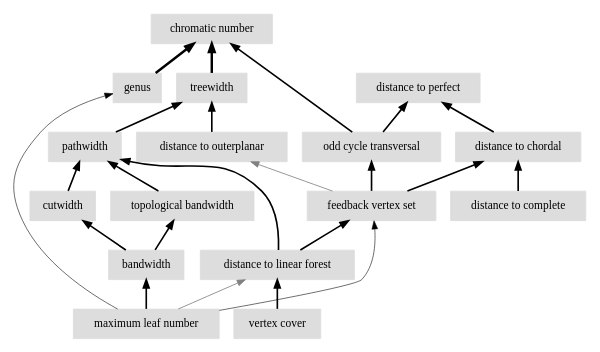
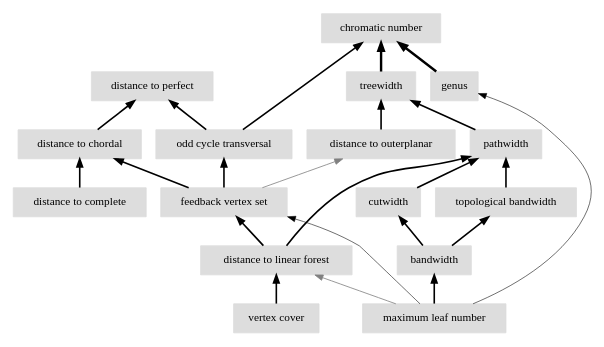
Before and after one commit to vaclavblazej/parameters: the diagram in content/drawing_FLOjic_0.dot, drawn with Graphviz. The commit also changed other lines of this file and 725 other files, not shown here.

```diff
--- a/content/drawing_FLOjic_0.dot
+++ b/content/drawing_FLOjic_0.dot
@@ -1,43 +1,43 @@
 digraph drawing_FLOjic_0 {
 	node [color=lightblue2 style=filled]
 	margin=0.04 size="6,6"
 	rankdir = BT
+	"n_Ve5ruW" [label="odd cycle transversal" URL="/parameters/html/Ve5ruW" color="#dddddd" shape=box]
+	"n_OdZQna" [label="distance to chordal" URL="/parameters/html/OdZQna" color="#dddddd" shape=box]
+	"n_VHClqR" [label="pathwidth" URL="/parameters/html/VHClqR" color="#dddddd" shape=box]
+	"n_kJZKgd" [label="distance to perfect" URL="/parameters/html/kJZKgd" color="#dddddd" shape=box]
+	"n_2LDMQ6" [label="distance to complete" URL="/parameters/html/2LDMQ6" color="#dddddd" shape=box]
+	"n_lPHVWU" [label="distance to outerplanar" URL="/parameters/html/lPHVWU" color="#dddddd" shape=box]
+	"n_GNOiyB" [label="feedback vertex set" URL="/parameters/html/GNOiyB" color="#dddddd" shape=box]
+	"n_BN92vX" [label="maximum leaf number" URL="/parameters/html/BN92vX" color="#dddddd" shape=box]
 	"n_5Q7fuR" [label="treewidth" URL="/parameters/html/5Q7fuR" color="#dddddd" shape=box]
+	"n_yk7XP0" [label="distance to linear forest" URL="/parameters/html/yk7XP0" color="#dddddd" shape=box]
+	"n_4lp9Yj" [label="vertex cover" URL="/parameters/html/4lp9Yj" color="#dddddd" shape=box]
+	"n_aP5a38" [label="bandwidth" URL="/parameters/html/aP5a38" color="#dddddd" shape=box]
+	"n_SnA7Eq" [label="topological bandwidth" URL="/parameters/html/SnA7Eq" color="#dddddd" shape=box]
 	"n_gbaHdw" [label="genus" URL="/parameters/html/gbaHdw" color="#dddddd" shape=box]
-	"n_kJZKgd" [label="distance to perfect" URL="/parameters/html/kJZKgd" color="#dddddd" shape=box]
-	"n_GNOiyB" [label="feedback vertex set" URL="/parameters/html/GNOiyB" color="#dddddd" shape=box]
 	"n_w7MmyW" [label="chromatic number" URL="/parameters/html/w7MmyW" color="#dddddd" shape=box]
 	"n_TLx1pz" [label="cutwidth" URL="/parameters/html/TLx1pz" color="#dddddd" shape=box]
-	"n_SnA7Eq" [label="topological bandwidth" URL="/parameters/html/SnA7Eq" color="#dddddd" shape=box]
-	"n_VHClqR" [label="pathwidth" URL="/parameters/html/VHClqR" color="#dddddd" shape=box]
-	"n_4lp9Yj" [label="vertex cover" URL="/parameters/html/4lp9Yj" color="#dddddd" shape=box]
-	"n_yk7XP0" [label="distance to linear forest" URL="/parameters/html/yk7XP0" color="#dddddd" shape=box]
-	"n_Ve5ruW" [label="odd cycle transversal" URL="/parameters/html/Ve5ruW" color="#dddddd" shape=box]
-	"n_lPHVWU" [label="distance to outerplanar" URL="/parameters/html/lPHVWU" color="#dddddd" shape=box]
-	"n_OdZQna" [label="distance to chordal" URL="/parameters/html/OdZQna" color="#dddddd" shape=box]
-	"n_BN92vX" [label="maximum leaf number" URL="/parameters/html/BN92vX" color="#dddddd" shape=box]
-	"n_2LDMQ6" [label="distance to complete" URL="/parameters/html/2LDMQ6" color="#dddddd" shape=box]
-	"n_aP5a38" [label="bandwidth" URL="/parameters/html/aP5a38" color="#dddddd" shape=box]
+	"n_GNOiyB" -> "n_Ve5ruW" [label="" decorate=true lblstyle="above, sloped" weight="100" penwidth="2.0"]
 	"n_lPHVWU" -> "n_5Q7fuR" [label="" decorate=true lblstyle="above, sloped" weight="100" penwidth="2.0"]
+	"n_OdZQna" -> "n_kJZKgd" [label="" decorate=true lblstyle="above, sloped" weight="100" penwidth="2.0"]
+	"n_Ve5ruW" -> "n_w7MmyW" [label="" decorate=true lblstyle="above, sloped" weight="100" penwidth="2.0"]
+	"n_2LDMQ6" -> "n_OdZQna" [label="" decorate=true lblstyle="above, sloped" weight="100" penwidth="2.0"]
+	"n_BN92vX" -> "n_yk7XP0" [label="" decorate=true lblstyle="above, sloped" color="gray" weight="1"]
 	"n_4lp9Yj" -> "n_yk7XP0" [label="" decorate=true lblstyle="above, sloped" weight="100" penwidth="2.0"]
-	"n_BN92vX" -> "n_yk7XP0" [label="" decorate=true lblstyle="above, sloped" color="gray" weight="1"]
+	"n_yk7XP0" -> "n_VHClqR" [label="" decorate=true lblstyle="above, sloped" weight="100" penwidth="2.0"]
+	"n_TLx1pz" -> "n_VHClqR" [label="" decorate=true lblstyle="above, sloped" weight="100" penwidth="2.0"]
+	"n_GNOiyB" -> "n_lPHVWU" [label="" decorate=true lblstyle="above, sloped" color="gray" weight="1"]
+	"n_yk7XP0" -> "n_GNOiyB" [label="" decorate=true lblstyle="above, sloped" weight="100" penwidth="2.0"]
+	"n_Ve5ruW" -> "n_kJZKgd" [label="" decorate=true lblstyle="above, sloped" weight="100" penwidth="2.0"]
+	"n_BN92vX" -> "n_GNOiyB" [label="" decorate=true lblstyle="above, sloped" weight="20" penwidth="0.7"]
 	"n_VHClqR" -> "n_5Q7fuR" [label="" decorate=true lblstyle="above, sloped" weight="100" penwidth="2.0"]
-	"n_BN92vX" -> "n_GNOiyB" [label="" decorate=true lblstyle="above, sloped" weight="20" penwidth="0.7"]
-	"n_2LDMQ6" -> "n_OdZQna" [label="" decorate=true lblstyle="above, sloped" weight="100" penwidth="2.0"]
-	"n_Ve5ruW" -> "n_kJZKgd" [label="" decorate=true lblstyle="above, sloped" weight="100" penwidth="2.0"]
+	"n_gbaHdw" -> "n_w7MmyW" [label="" decorate=true lblstyle="above, sloped" weight="100" penwidth="3.0"]
+	"n_SnA7Eq" -> "n_VHClqR" [label="" decorate=true lblstyle="above, sloped" weight="100" penwidth="2.0"]
+	"n_BN92vX" -> "n_aP5a38" [label="" decorate=true lblstyle="above, sloped" weight="100" penwidth="2.0"]
+	"n_GNOiyB" -> "n_OdZQna" [label="" decorate=true lblstyle="above, sloped" weight="100" penwidth="2.0"]
+	"n_aP5a38" -> "n_SnA7Eq" [label="" decorate=true lblstyle="above, sloped" weight="100" penwidth="2.0"]
+	"n_BN92vX" -> "n_gbaHdw" [label="" decorate=true lblstyle="above, sloped" weight="20" penwidth="0.7"]
+	"n_aP5a38" -> "n_TLx1pz" [label="" decorate=true lblstyle="above, sloped" weight="100" penwidth="2.0"]
 	"n_5Q7fuR" -> "n_w7MmyW" [label="" decorate=true lblstyle="above, sloped" weight="100" penwidth="3.0"]
-	"n_Ve5ruW" -> "n_w7MmyW" [label="" decorate=true lblstyle="above, sloped" weight="100" penwidth="2.0"]
-	"n_OdZQna" -> "n_kJZKgd" [label="" decorate=true lblstyle="above, sloped" weight="100" penwidth="2.0"]
-	"n_BN92vX" -> "n_gbaHdw" [label="" decorate=true lblstyle="above, sloped" weight="20" penwidth="0.7"]
-	"n_yk7XP0" -> "n_GNOiyB" [label="" decorate=true lblstyle="above, sloped" weight="100" penwidth="2.0"]
-	"n_yk7XP0" -> "n_VHClqR" [label="" decorate=true lblstyle="above, sloped" weight="100" penwidth="2.0"]
-	"n_SnA7Eq" -> "n_VHClqR" [label="" decorate=true lblstyle="above, sloped" weight="100" penwidth="2.0"]
-	"n_GNOiyB" -> "n_lPHVWU" [label="" decorate=true lblstyle="above, sloped" color="gray" weight="1"]
-	"n_aP5a38" -> "n_TLx1pz" [label="" decorate=true lblstyle="above, sloped" weight="100" penwidth="2.0"]
-	"n_GNOiyB" -> "n_Ve5ruW" [label="" decorate=true lblstyle="above, sloped" weight="100" penwidth="2.0"]
-	"n_GNOiyB" -> "n_OdZQna" [label="" decorate=true lblstyle="above, sloped" weight="100" penwidth="2.0"]
-	"n_TLx1pz" -> "n_VHClqR" [label="" decorate=true lblstyle="above, sloped" weight="100" penwidth="2.0"]
-	"n_gbaHdw" -> "n_w7MmyW" [label="" decorate=true lblstyle="above, sloped" weight="100" penwidth="3.0"]
-	"n_aP5a38" -> "n_SnA7Eq" [label="" decorate=true lblstyle="above, sloped" weight="100" penwidth="2.0"]
-	"n_BN92vX" -> "n_aP5a38" [label="" decorate=true lblstyle="above, sloped" weight="100" penwidth="2.0"]
 }
```
